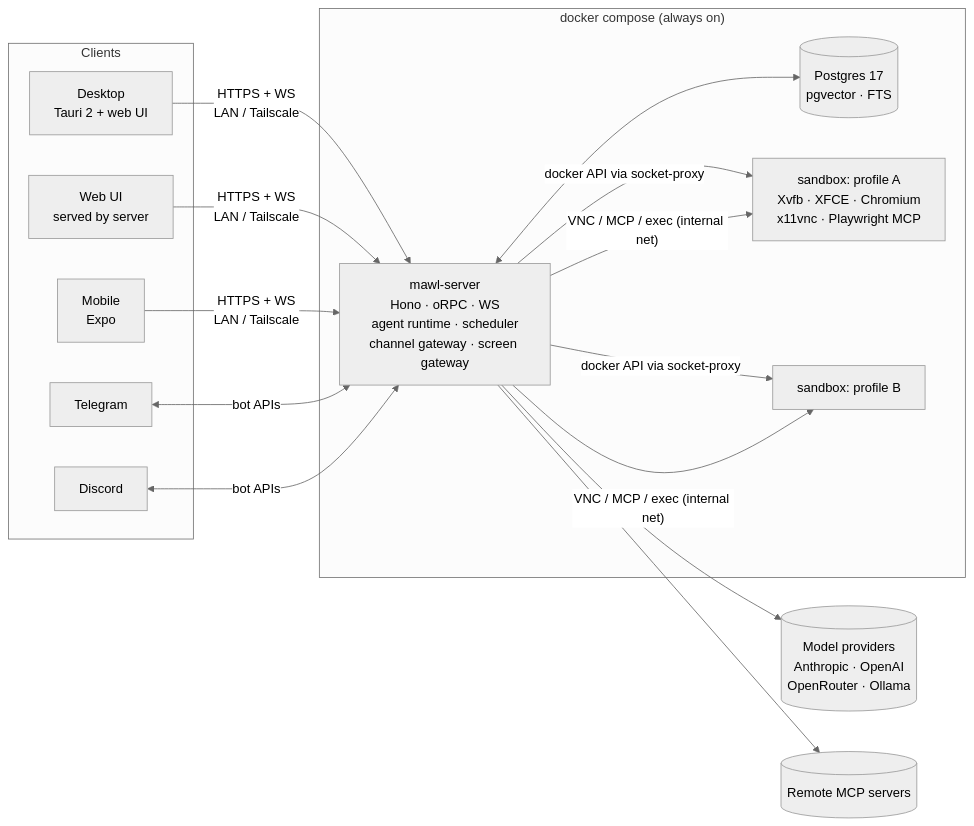
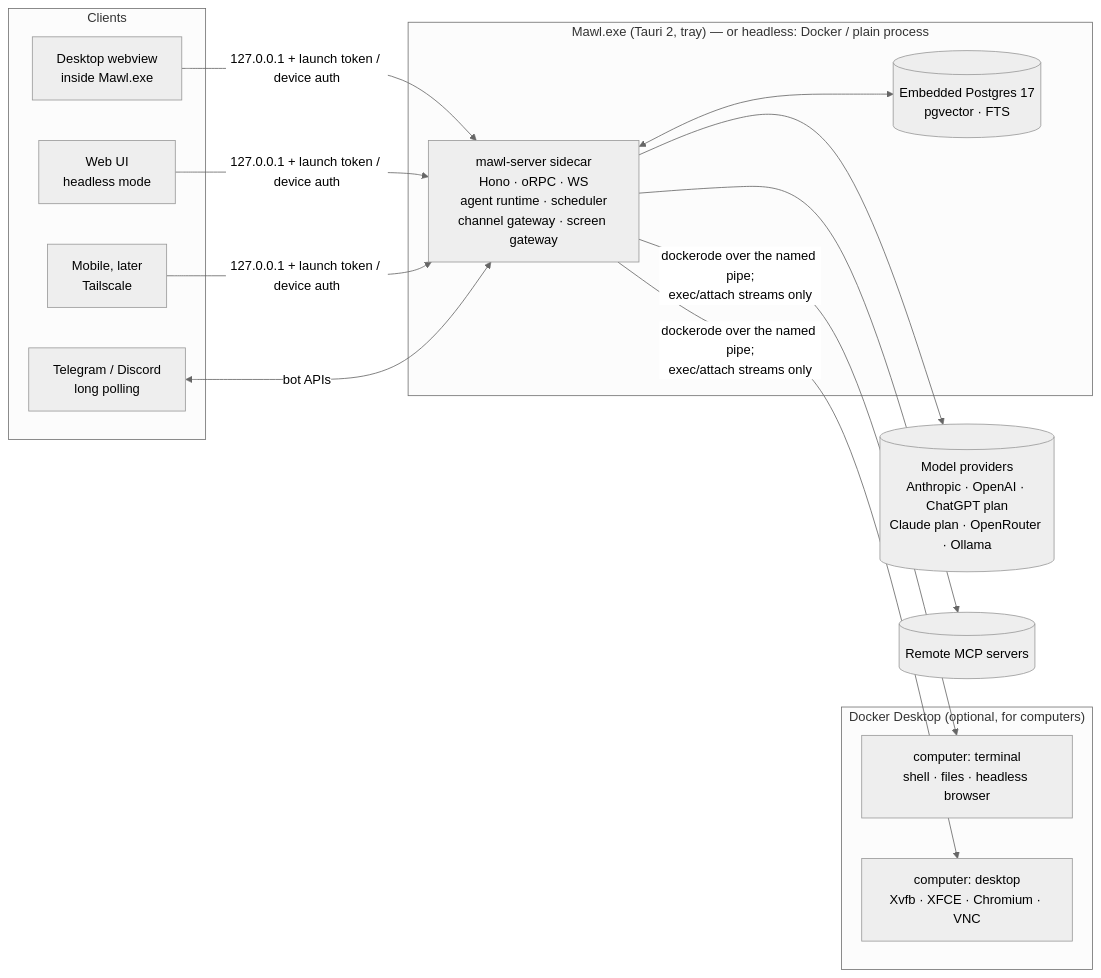
One commit to dalonga-kohi/mawl changed the first of 3 diagrams in docs/ARCHITECTURE.md. Above: the diagram before and after it, drawn with Mermaid (neutral theme). The commit also changed other lines of this file and 3 other files, not shown here.

First line of the commit message:
docs: rewrite SPEC, ARCHITECTURE and PLAN for the desktop-first redesign

````diff
--- a/docs/ARCHITECTURE.md
+++ b/docs/ARCHITECTURE.md
@@ -7,28 +7,29 @@
 ```mermaid
 flowchart LR
   subgraph Clients
-    D[Desktop<br/>Tauri 2 + web UI]
-    W[Web UI<br/>served by server]
-    M[Mobile<br/>Expo]
-    TG[Telegram]
-    DC[Discord]
+    D[Desktop webview<br/>inside Mawl.exe]
+    W[Web UI<br/>headless mode]
+    TG[Telegram / Discord<br/>long polling]
+    M[Mobile, later<br/>Tailscale]
   end
 
-  subgraph Stack["docker compose (always on)"]
-    S[mawl-server<br/>Hono · oRPC · WS<br/>agent runtime · scheduler<br/>channel gateway · screen gateway]
-    PG[(Postgres 17<br/>pgvector · FTS)]
-    SB1[sandbox: profile A<br/>Xvfb · XFCE · Chromium<br/>x11vnc · Playwright MCP]
-    SB2[sandbox: profile B]
+  subgraph Host["Mawl.exe (Tauri 2, tray) — or headless: Docker / plain process"]
+    S[mawl-server sidecar<br/>Hono · oRPC · WS<br/>agent runtime · scheduler<br/>channel gateway · screen gateway]
+    PG[(Embedded Postgres 17<br/>pgvector · FTS)]
   end
 
-  LLM[(Model providers<br/>Anthropic · OpenAI<br/>OpenRouter · Ollama)]
+  subgraph Docker["Docker Desktop (optional, for computers)"]
+    C1[computer: terminal<br/>shell · files · headless browser]
+    C2[computer: desktop<br/>Xvfb · XFCE · Chromium · VNC]
+  end
+
+  LLM[(Model providers<br/>Anthropic · OpenAI · ChatGPT plan<br/>Claude plan · OpenRouter · Ollama)]
   MCPR[(Remote MCP servers)]
 
-  D & W & M -- HTTPS + WS<br/>LAN / Tailscale --> S
-  TG & DC <-- bot APIs --> S
+  D & W & M -- 127.0.0.1 + launch token / device auth --> S
+  TG <-- bot APIs --> S
   S <--> PG
-  S -- docker API via socket-proxy --> SB1 & SB2
-  S -- VNC / MCP / exec (internal net) --> SB1 & SB2
+  S -- dockerode over the named pipe;<br/>exec/attach streams only --> C1 & C2
   S --> LLM
   S --> MCPR
 ```
````
